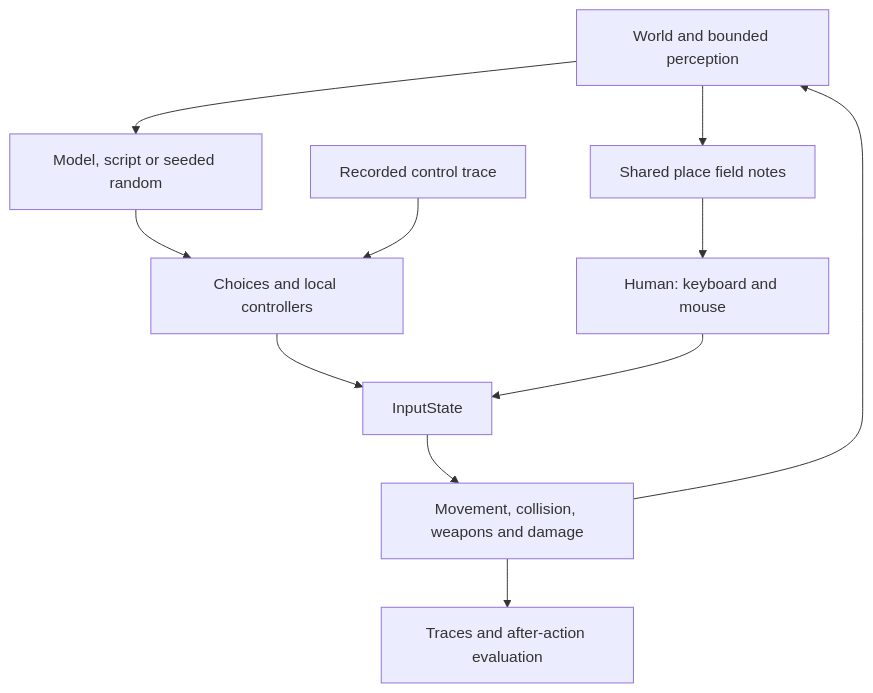
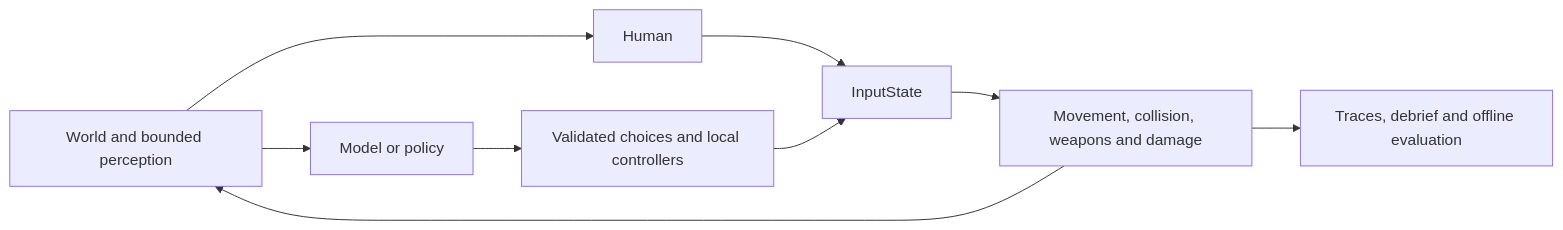
One commit to topherchris420/lop-nur-twin changed the diagram in README.md. Above: the diagram before and after it, drawn with Mermaid. The commit also changed other lines of this file, not shown here.

````diff
--- a/README.md
+++ b/README.md
@@ -87,13 +105,11 @@
 ```mermaid
-flowchart TD
-  World["World and bounded perception"] --> Notes["Shared place field notes"]
-  Notes --> Human["Human: keyboard and mouse"]
-  World --> Brain["Model, script or seeded random"]
-  Brain --> Execute["Choices and local controllers"]
-  Replay["Recorded control trace"] --> Execute
-  Execute --> Input["InputState"]
-  Human --> Input
+flowchart LR
+  World["World and bounded perception"] --> Human["Human"]
+  World --> Brain["Model or policy"]
+  Brain --> Controls["Validated choices and local controllers"]
+  Human --> Input["InputState"]
+  Controls --> Input
   Input --> Rules["Movement, collision, weapons and damage"]
   Rules --> World
-  Rules --> Evidence["Traces and after-action evaluation"]
+  Rules --> Record["Traces, debrief and offline evaluation"]
 ```
````
